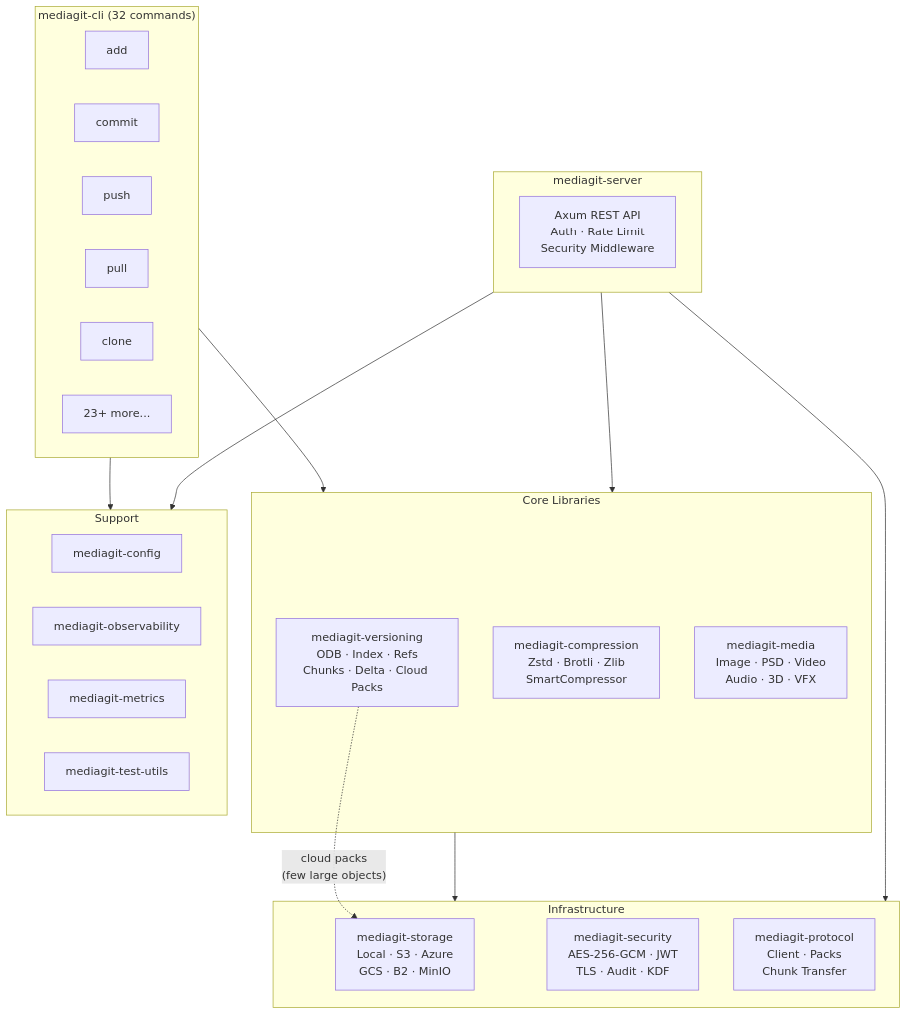
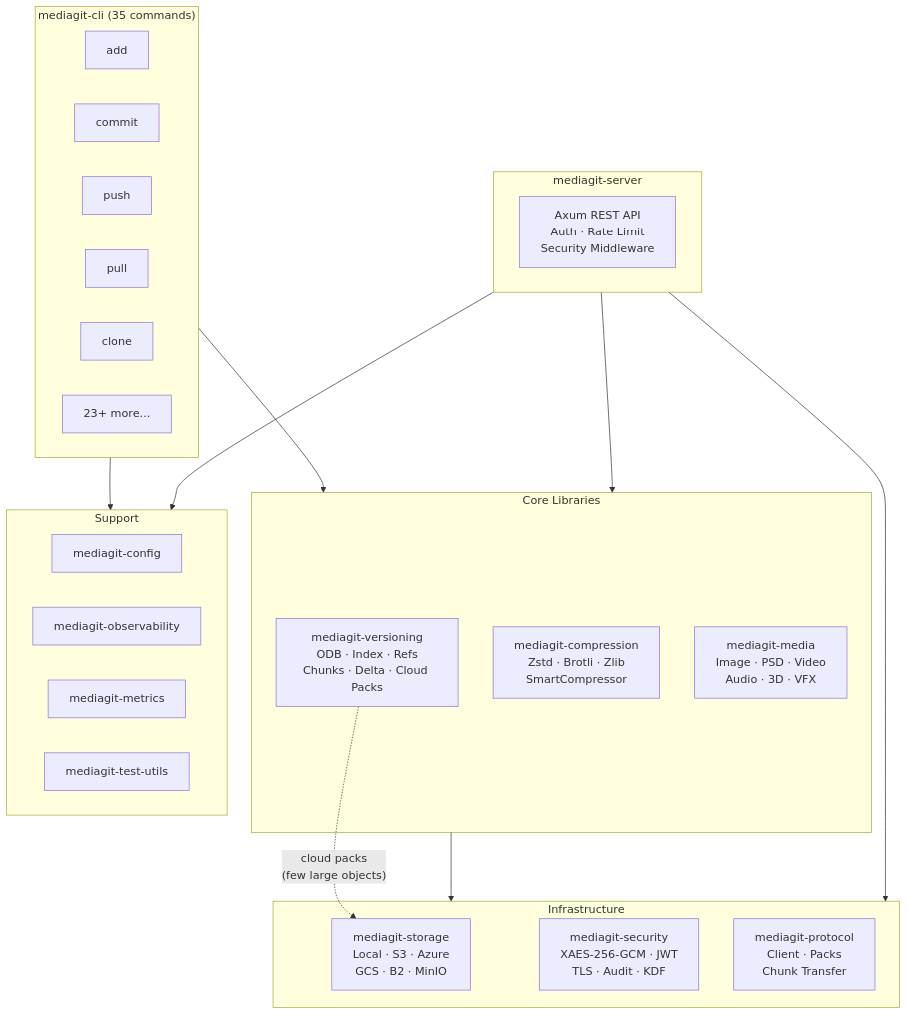
The first of 18 diagrams in ARCHITECTURE.md (winnyboy5/mediagit-core), drawn with Mermaid before and after one commit. The commit also changed other lines of this file and 65 other files, not shown here.

````diff
--- a/ARCHITECTURE.md
+++ b/ARCHITECTURE.md
@@ -12,42 +12,42 @@
 ```mermaid
 graph TD
-    subgraph CLI["mediagit-cli (32 commands)"]
+    subgraph CLI["mediagit-cli (35 commands)"]
         ADD["add"]
         COMMIT["commit"]
         PUSH["push"]
         PULL["pull"]
         CLONE["clone"]
         OTHER["23+ more..."]
     end
 
     subgraph Core["Core Libraries"]
         VER["mediagit-versioning<br/>ODB · Index · Refs<br/>Chunks · Delta · Cloud Packs"]
         COMP["mediagit-compression<br/>Zstd · Brotli · Zlib<br/>SmartCompressor"]
         MEDIA["mediagit-media<br/>Image · PSD · Video<br/>Audio · 3D · VFX"]
     end
 
     subgraph Infra["Infrastructure"]
         STORE["mediagit-storage<br/>Local · S3 · Azure<br/>GCS · B2 · MinIO"]
-        SEC["mediagit-security<br/>AES-256-GCM · JWT<br/>TLS · Audit · KDF"]
+        SEC["mediagit-security<br/>XAES-256-GCM · JWT<br/>TLS · Audit · KDF"]
         PROTO["mediagit-protocol<br/>Client · Packs<br/>Chunk Transfer"]
     end
 
     subgraph Support["Support"]
         CFG["mediagit-config"]
         OBS["mediagit-observability"]
         MET["mediagit-metrics"]
         TEST["mediagit-test-utils"]
     end
 
     subgraph Server["mediagit-server"]
         AXUM["Axum REST API<br/>Auth · Rate Limit<br/>Security Middleware"]
     end
 
     CLI --> Core
     Core --> Infra
     Server --> Core
     Server --> Infra
     CLI --> Support
     Server --> Support
     VER -.->|"cloud packs<br/>(few large objects)"| STORE
 ```
````
